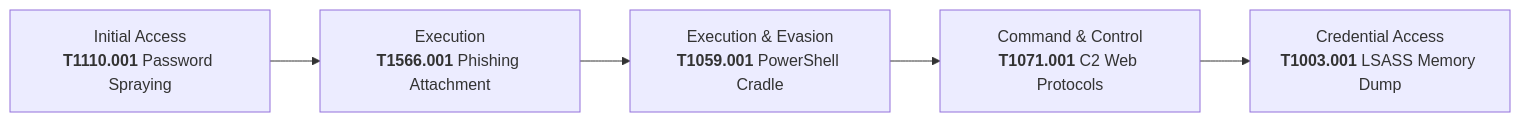
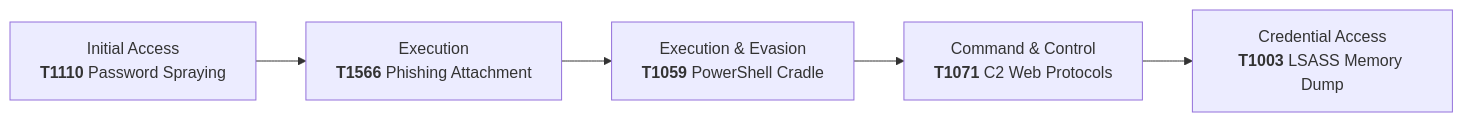
The diagram in README.md (mussu777/Security-Project-1), drawn with Mermaid before and after one commit. The commit also changed other lines of this file, not shown here.

````diff
--- a/README.md
+++ b/README.md
@@ -56,7 +56,7 @@
 ```mermaid
 flowchart LR
-    A["Initial Access<br><b>T1110.001</b> Password Spraying"] --> B["Execution<br><b>T1566.001</b> Phishing Attachment"]
-    B --> C["Execution & Evasion<br><b>T1059.001</b> PowerShell Cradle"]
-    C --> D["Command & Control<br><b>T1071.001</b> C2 Web Protocols"]
-    D --> E["Credential Access<br><b>T1003.001</b> LSASS Memory Dump"]
+    A["Initial Access<br><b>T1110</b> Password Spraying"] --> B["Execution<br><b>T1566</b> Phishing Attachment"]
+    B --> C["Execution & Evasion<br><b>T1059</b> PowerShell Cradle"]
+    C --> D["Command & Control<br><b>T1071</b> C2 Web Protocols"]
+    D --> E["Credential Access<br><b>T1003</b> LSASS Memory Dump"]
 ```
````
